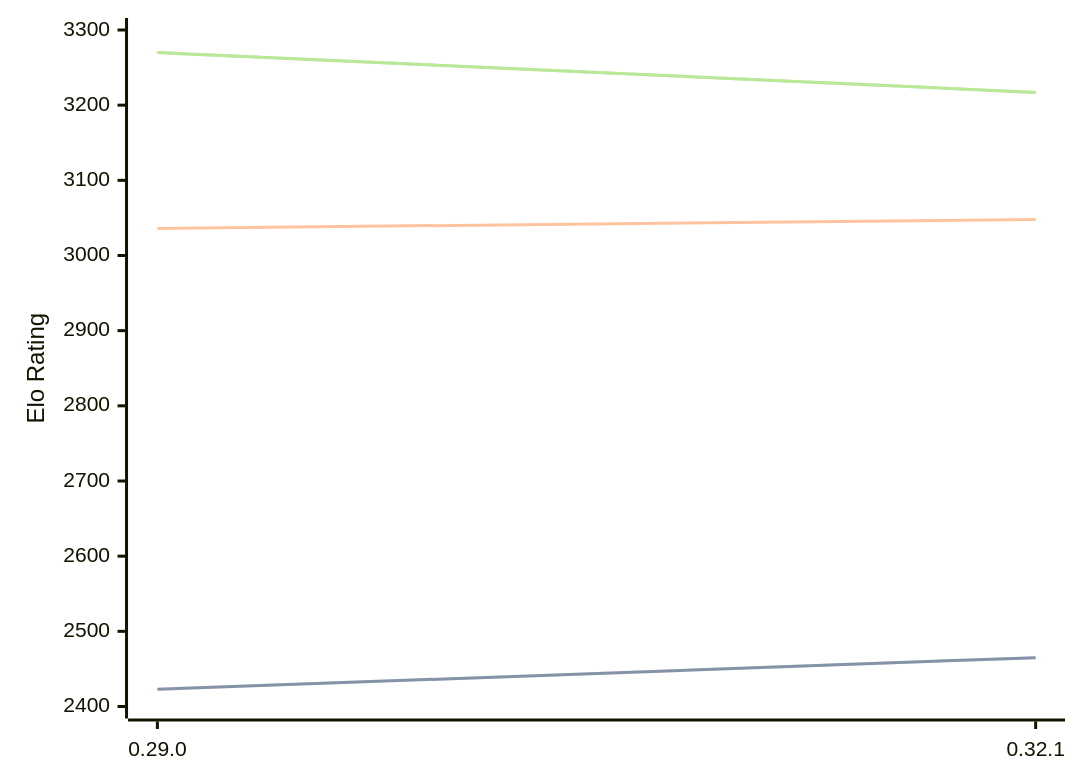
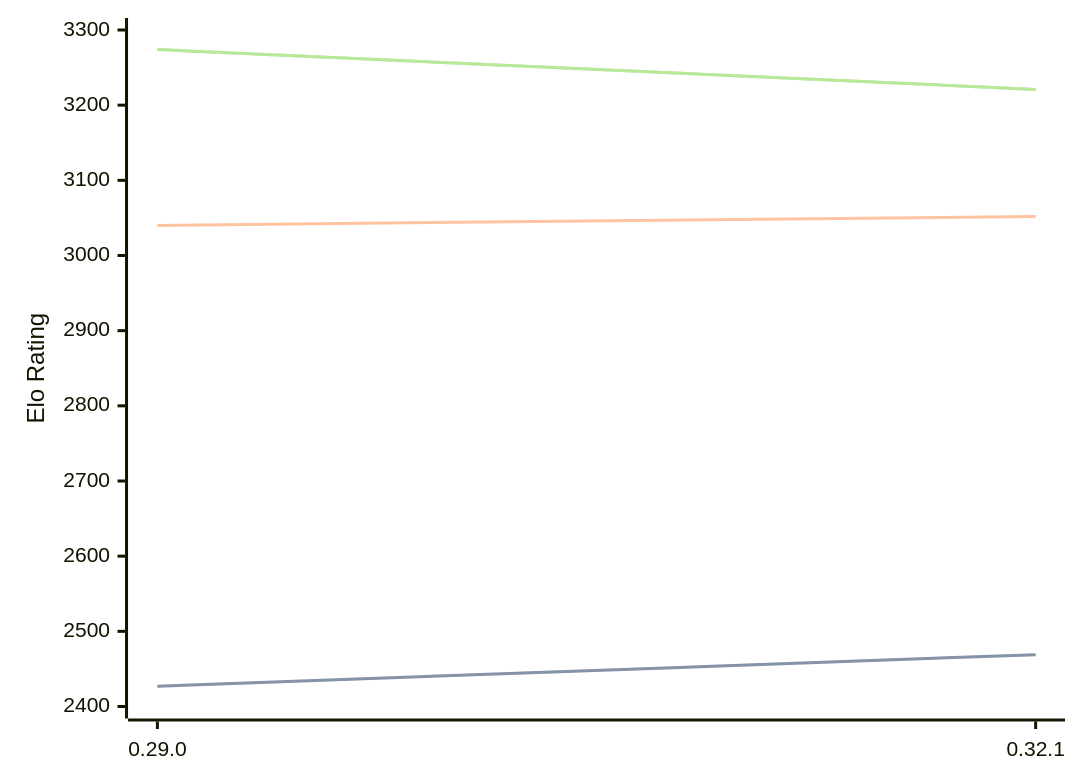
Before and after one commit to computer-chess-index/cci: the diagram in engines/Lc0.md, drawn with Mermaid. The commit also changed other lines of this file, not shown here.

Commit message:
Update CCI Ratings (ELO VLTC) - 2026-05-02

````diff
--- a/engines/Lc0.md
+++ b/engines/Lc0.md
@@ -68,11 +68,11 @@
 ```mermaid
 %%{init: {"theme":"base","themeVariables":{"seriesColors:['#a3a3a3','#222221','#faa371']}}}%%
 xychart-beta
   x-axis ["0.29.0", "0.32.1"]
   y-axis "Elo Rating" 2400 --> 3300
-  line "STC (8.0+0.08s)" [2423, 2465]
-  line "STC (8.0+0.08s)" [2423, 2465]
-  line "LTC (60.0+0.60s)" [3036, 3048]
-  line "VLTC (2m24s+1.12s)" [3270, 3217]
-  line "VLTC (2m24s+1.12s)" [3270, 3217]
+  line "STC (8.0+0.08s)" [2427, 2469]
+  line "STC (8.0+0.08s)" [2427, 2469]
+  line "LTC (60.0+0.60s)" [3040, 3052]
+  line "VLTC (2m24s+1.12s)" [3274, 3221]
+  line "VLTC (2m24s+1.12s)" [3274, 3221]
 ```
````
